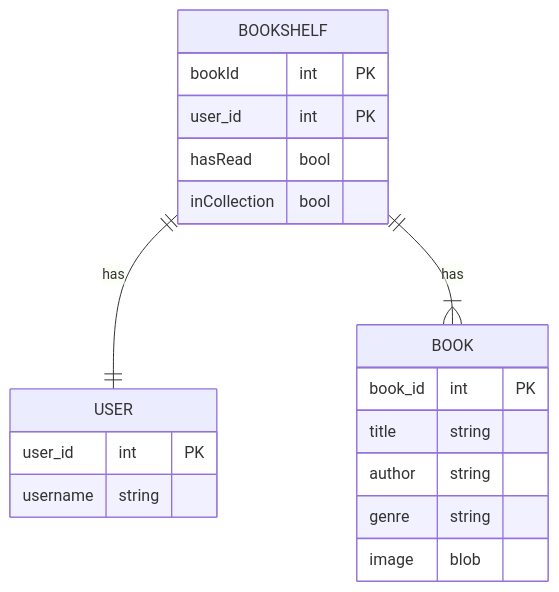
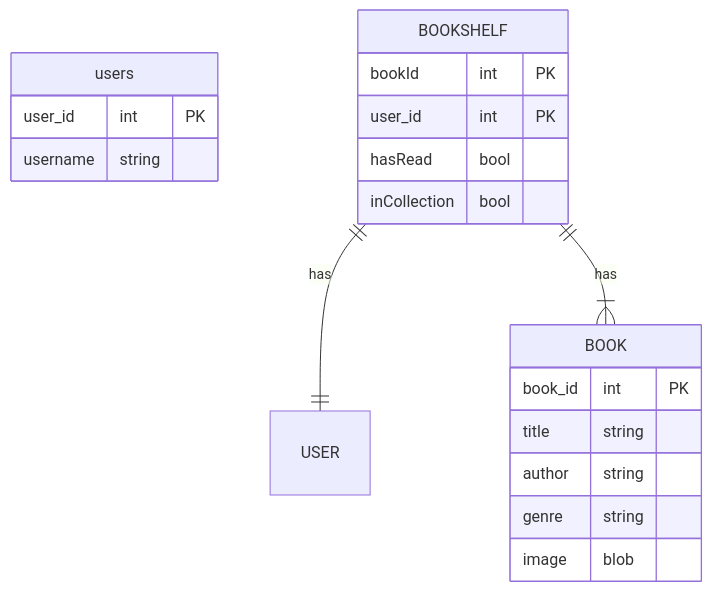
One commit to LoganPickell/AgileArchitects_ModernSoftwareDevelopment changed the diagram in planning.md. Above: the diagram before and after it, drawn with Mermaid. The commit also changed 7 other files, not shown here.

````diff
--- a/planning.md
+++ b/planning.md
@@ -3,31 +3,31 @@
 ```mermaid
 erDiagram
 
-USER{
+users{
     user_id int PK
     username string
 }
 
 BOOK {
     book_id int PK
     title string
     author string
     genre string
     image blob
     
 }
 
 
 BOOKSHELF {
     bookId int  PK
     user_id int PK
     hasRead bool
     inCollection bool
 }
 
 
 BOOKSHELF ||--|| USER : has
 BOOKSHELF ||--|{ BOOK : has
 
 
 ```
````
